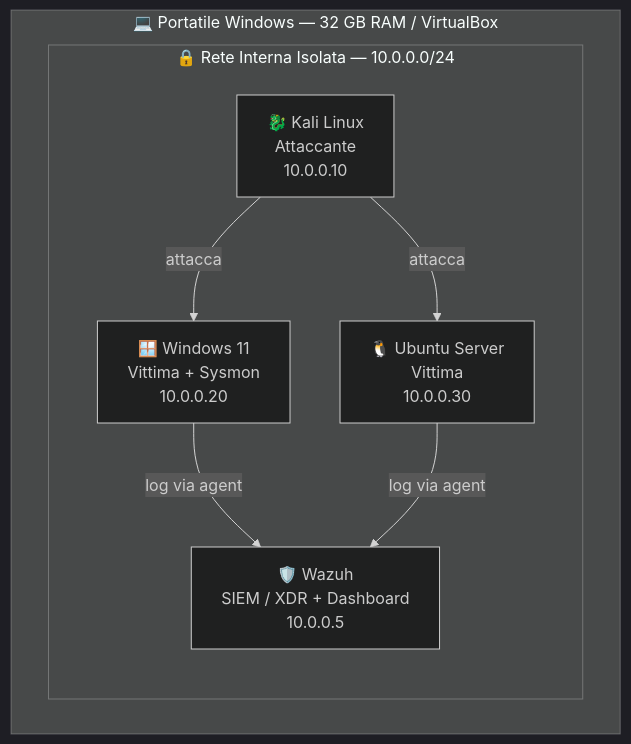
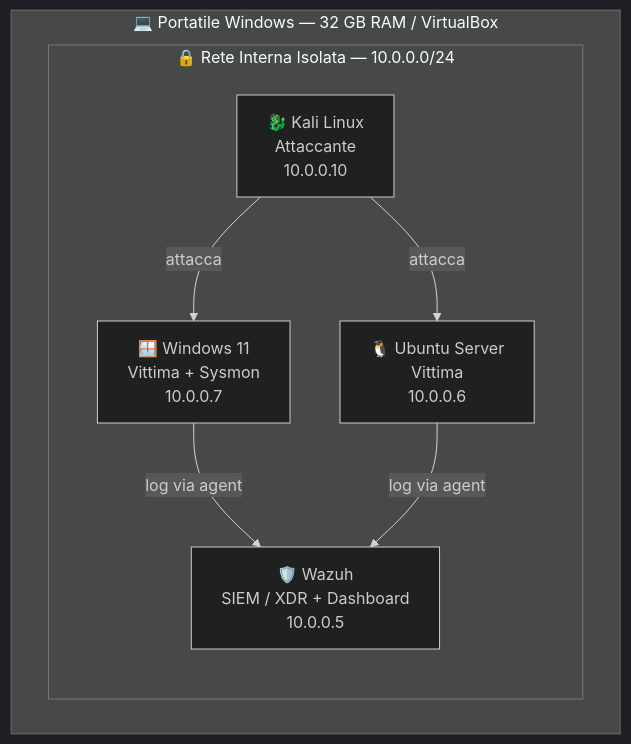
One commit to AlessioVisconti/Home-SOC-Lab changed the second of 2 diagrams in README.md. Above: the diagram before and after it, drawn with Mermaid (dark theme). The commit also changed other lines of this file, not shown here.

Commit message:
Entered the correct VM IPs

````diff
--- a/README.md
+++ b/README.md
@@ -142,16 +142,16 @@
 ```mermaid
 graph TD
     subgraph HOST_IT["💻 Portatile Windows — 32 GB RAM / VirtualBox"]
         subgraph NET_IT["🔒 Rete Interna Isolata — 10.0.0.0/24"]
             KALI_IT["🐉 Kali Linux<br/>Attaccante<br/>10.0.0.10"]
-            WIN_IT["🪟 Windows 11<br/>Vittima + Sysmon<br/>10.0.0.20"]
-            UBU_IT["🐧 Ubuntu Server<br/>Vittima<br/>10.0.0.30"]
+            WIN_IT["🪟 Windows 11<br/>Vittima + Sysmon<br/>10.0.0.7"]
+            UBU_IT["🐧 Ubuntu Server<br/>Vittima<br/>10.0.0.6"]
             WAZUH_IT["🛡️ Wazuh<br/>SIEM / XDR + Dashboard<br/>10.0.0.5"]
         end
     end
  
     KALI_IT -->|attacca| WIN_IT
     KALI_IT -->|attacca| UBU_IT
     WIN_IT  -->|log via agent| WAZUH_IT
     UBU_IT  -->|log via agent| WAZUH_IT
 ```
````
